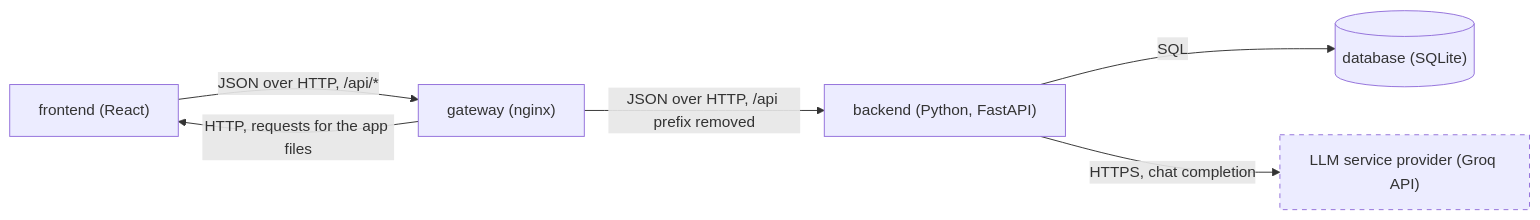
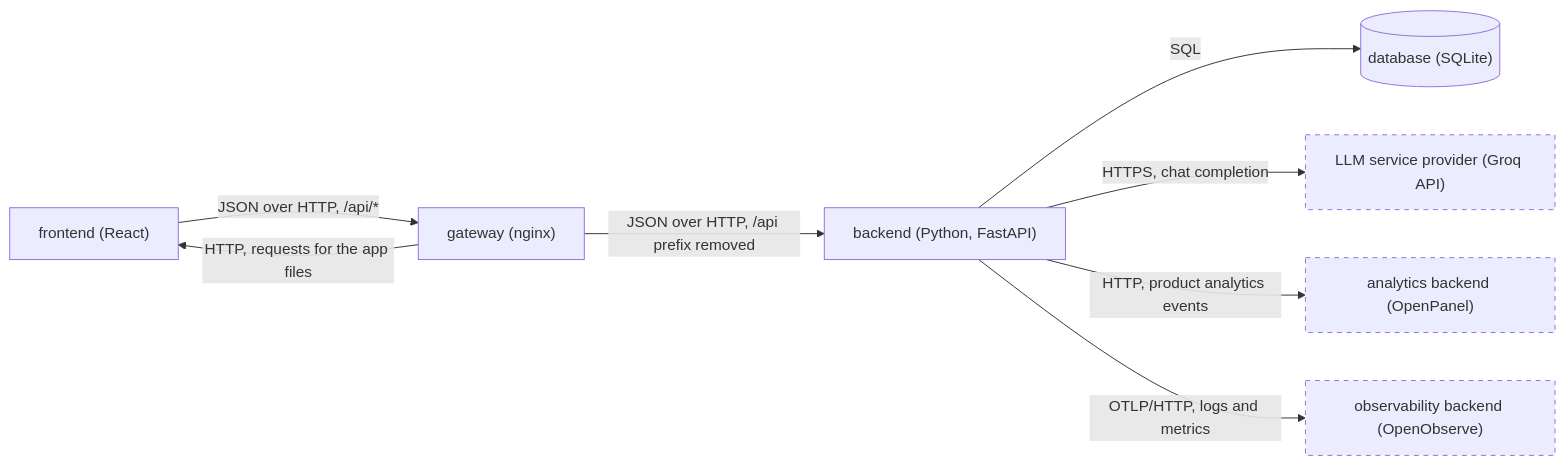
Before and after one commit to WellMadeTeam/workspace-ai-03: the diagram in docs/architecture/container.mmd, drawn with Mermaid. The commit also changed 6 other files, not shown here.

Commit message:
docs(architecture): record telemetry decisions

```diff
--- a/docs/architecture/container.mmd
+++ b/docs/architecture/container.mmd
@@ -1,8 +1,10 @@
 graph LR
     Frontend["frontend (React)"] -->|"JSON over HTTP, /api/*"| Gateway["gateway (nginx)"]
     Gateway -->|"HTTP, requests for the app files"| Frontend
     Gateway -->|"JSON over HTTP, /api prefix removed"| Backend["backend (Python, FastAPI)"]
     Backend -->|"SQL"| Database[("database (SQLite)")]
     Backend -->|"HTTPS, chat completion"| LLM["LLM service provider (Groq API)"]
+    Backend -->|"HTTP, product analytics events"| OpenPanel["analytics backend (OpenPanel)"]
+    Backend -->|"OTLP/HTTP, logs and metrics"| OpenObserve["observability backend (OpenObserve)"]
     classDef external stroke-dasharray: 5 5
-    class LLM external
+    class LLM,OpenPanel,OpenObserve external
```
